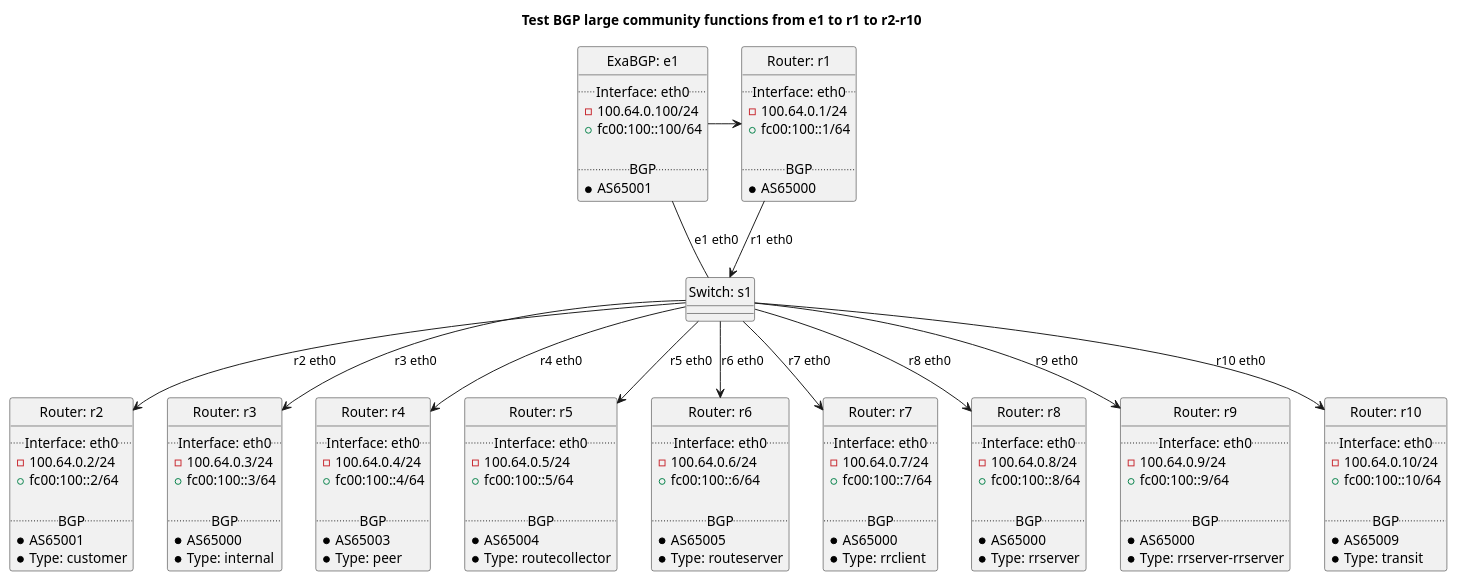
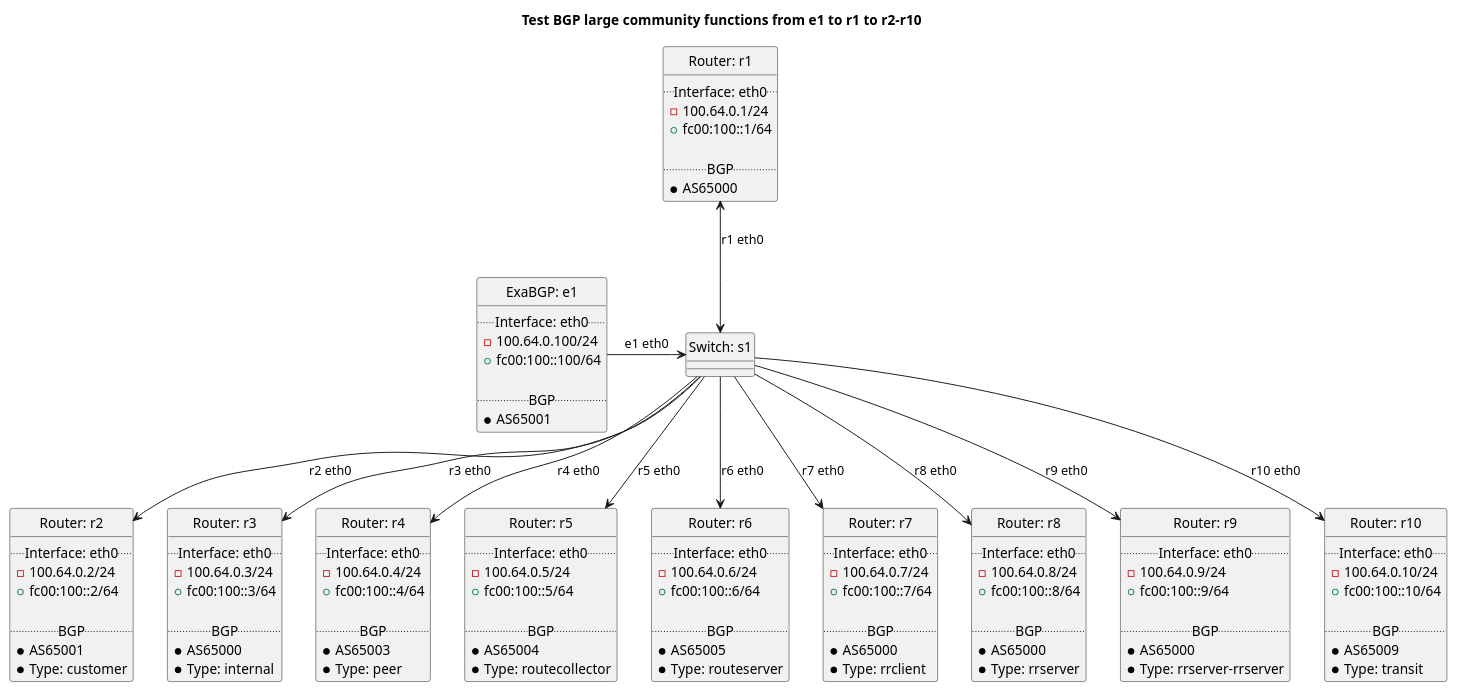
Before and after one commit to oscdev-io/birdplan: the diagram in tests/t40_bgp/t59_large_community_functions_outbound/README.md, drawn with PlantUML. The commit also changed other lines of this file and 1785 other files, not shown here.

```diff
--- a/tests/t40_bgp/t59_large_community_functions_outbound/README.md
+++ b/tests/t40_bgp/t59_large_community_functions_outbound/README.md
@@ -131,9 +159,8 @@
 
 class "Switch: s1" {}
 
-"ExaBGP: e1" - "Switch: s1": e1 eth0
-"ExaBGP: e1" -> "Router: r1"
-"Router: r1" -down-> "Switch: s1": r1 eth0
+"ExaBGP: e1" -> "Switch: s1": e1 eth0
+"Router: r1" <-down-> "Switch: s1": r1 eth0
 "Switch: s1" -down-> "Router: r2": r2 eth0
 "Switch: s1" -down-> "Router: r3": r3 eth0
 "Switch: s1" -down-> "Router: r4": r4 eth0
```
